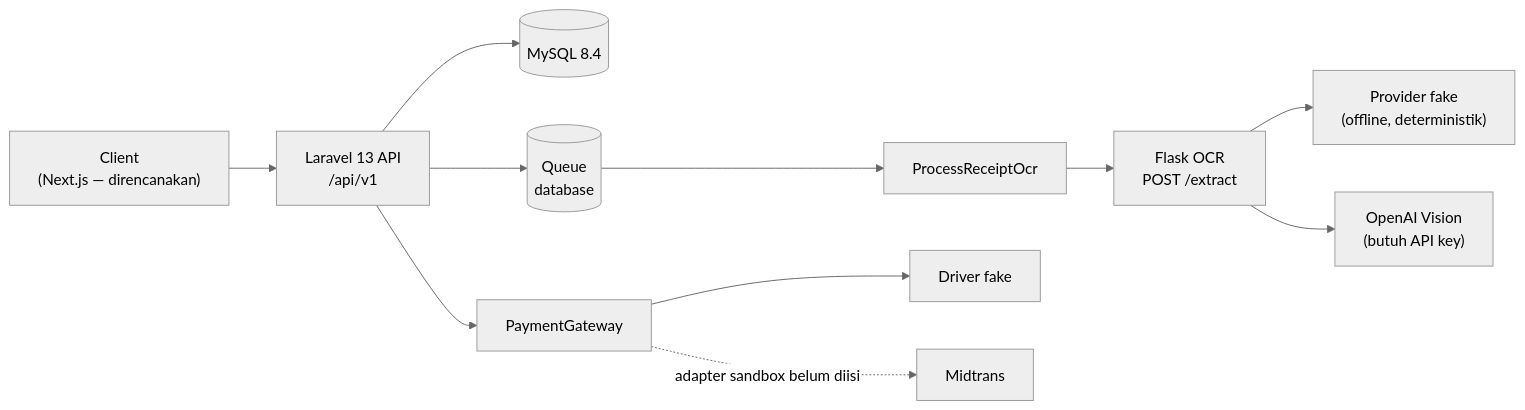
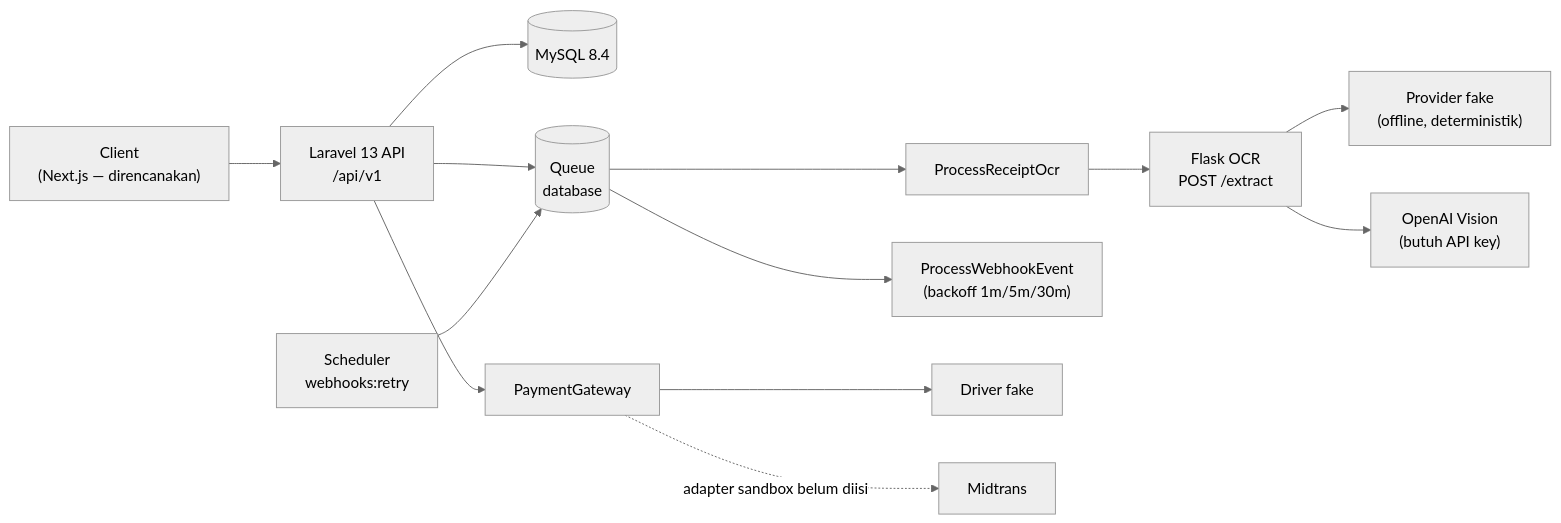
One commit to Dikaaff/AmanahLink changed the diagram in README.md. Above: the diagram before and after it, drawn with Mermaid (neutral theme). The commit also changed other lines of this file and 24 other files, not shown here.

First line of the commit message:
Selesaikan US-28 dan US-29: notifikasi state kampanye serta retry/DLQ webhook

````diff
--- a/README.md
+++ b/README.md
@@ -123,13 +130,15 @@
 ```mermaid
 flowchart LR
     C["Client<br/>(Next.js — direncanakan)"] --> API["Laravel 13 API<br/>/api/v1"]
     API --> DB[("MySQL 8.4")]
     API --> Q[("Queue<br/>database")]
     Q --> JOB["ProcessReceiptOcr"]
+    Q --> RETRY["ProcessWebhookEvent<br/>(backoff 1m/5m/30m)"]
+    SCH["Scheduler<br/>webhooks:retry"] --> Q
     JOB --> OCR["Flask OCR<br/>POST /extract"]
     OCR --> FP["Provider fake<br/>(offline, deterministik)"]
     OCR --> OP["OpenAI Vision<br/>(butuh API key)"]
     API --> PG["PaymentGateway"]
     PG --> PF["Driver fake"]
     PG -. "adapter sandbox belum diisi" .-> MT["Midtrans"]
 ```
````
